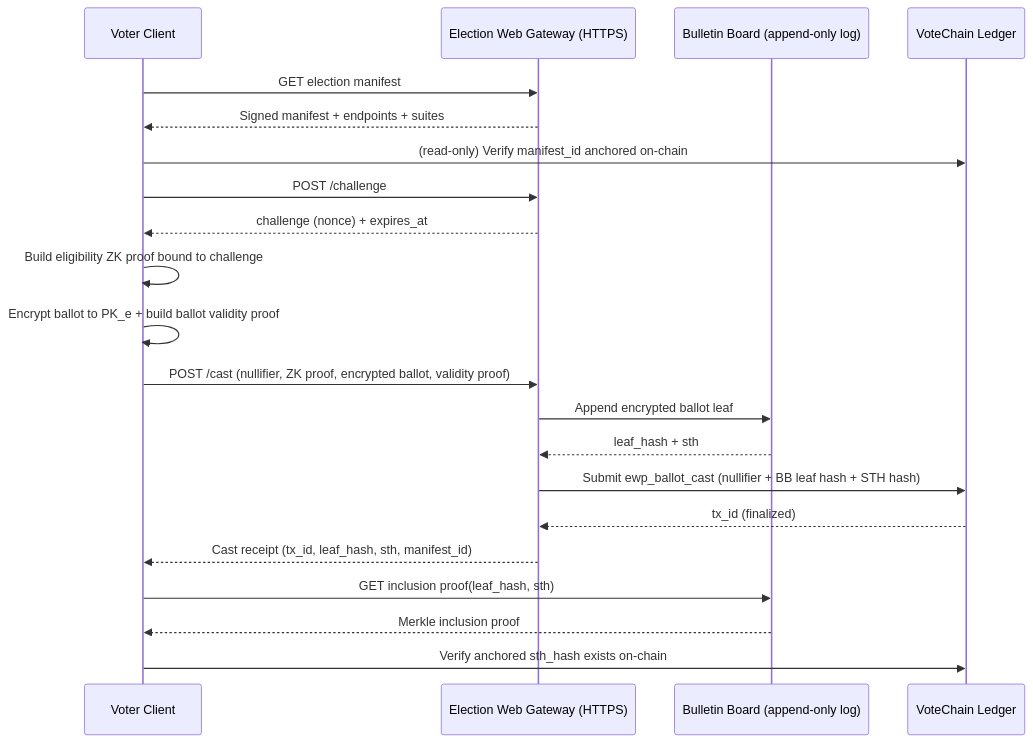
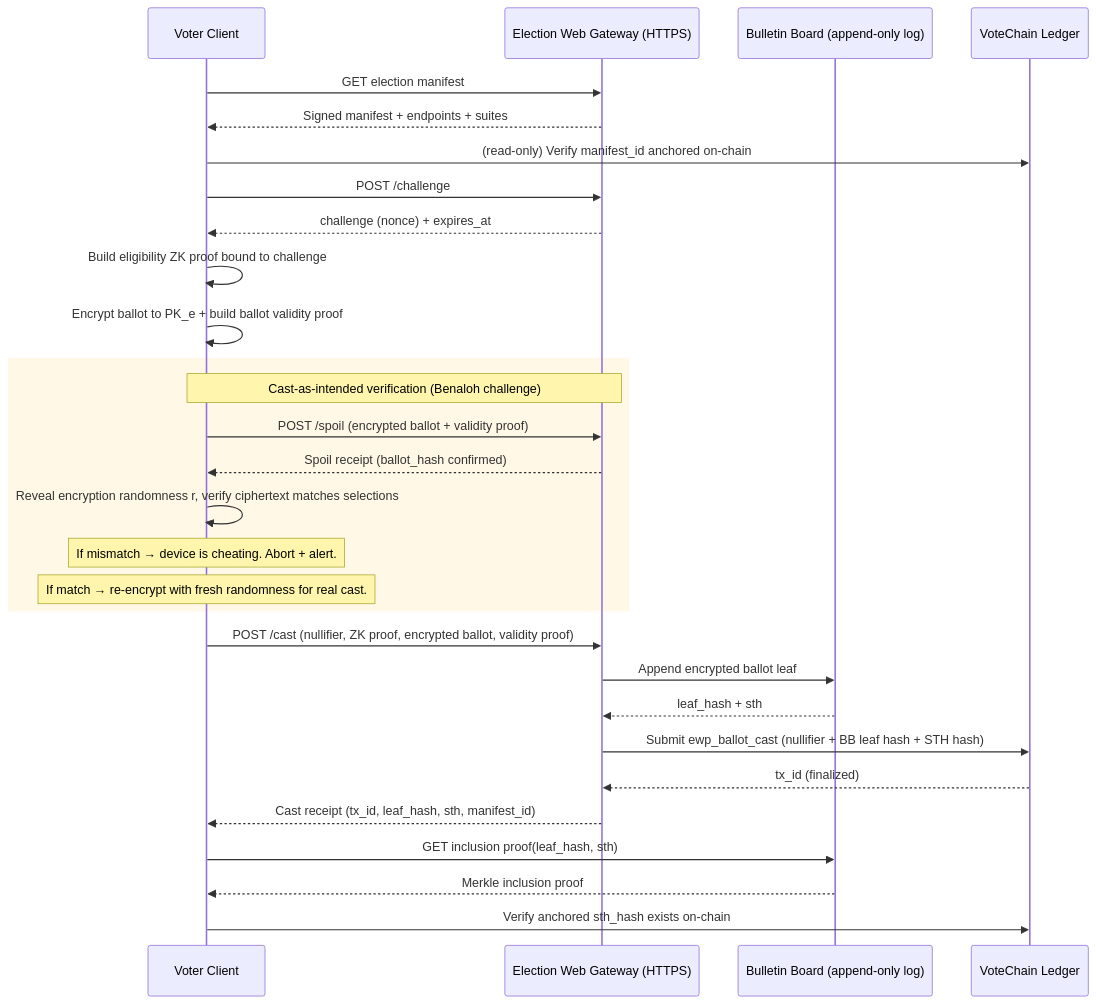
Before and after one commit to AbsurdityIndex/absurdityindex.org: the diagram in PRD-VOTECHAIN-ELECTION-WEB-PROTOCOL.md, drawn with Mermaid. The commit also changed other lines of this file and 53 other files, not shown here.

````diff
--- a/PRD-VOTECHAIN-ELECTION-WEB-PROTOCOL.md
+++ b/PRD-VOTECHAIN-ELECTION-WEB-PROTOCOL.md
@@ -311,28 +339,37 @@
 ```mermaid
 sequenceDiagram
   participant VC as Voter Client
   participant EWG as Election Web Gateway (HTTPS)
   participant BB as Bulletin Board (append-only log)
   participant VCL as VoteChain Ledger
 
   VC->>EWG: GET election manifest
   EWG-->>VC: Signed manifest + endpoints + suites
   VC->>VCL: (read-only) Verify manifest_id anchored on-chain
 
   VC->>EWG: POST /challenge
   EWG-->>VC: challenge (nonce) + expires_at
 
   VC->>VC: Build eligibility ZK proof bound to challenge
   VC->>VC: Encrypt ballot to PK_e + build ballot validity proof
 
+  rect rgb(255, 248, 230)
+  Note over VC,EWG: Cast-as-intended verification (Benaloh challenge)
+  VC->>EWG: POST /spoil (encrypted ballot + validity proof)
+  EWG-->>VC: Spoil receipt (ballot_hash confirmed)
+  VC->>VC: Reveal encryption randomness r, verify ciphertext matches selections
+  Note over VC: If mismatch → device is cheating. Abort + alert.
+  Note over VC: If match → re-encrypt with fresh randomness for real cast.
+  end
+
   VC->>EWG: POST /cast (nullifier, ZK proof, encrypted ballot, validity proof)
   EWG->>BB: Append encrypted ballot leaf
   BB-->>EWG: leaf_hash + sth
   EWG->>VCL: Submit ewp_ballot_cast (nullifier + BB leaf hash + STH hash)
   VCL-->>EWG: tx_id (finalized)
   EWG-->>VC: Cast receipt (tx_id, leaf_hash, sth, manifest_id)
 
   VC->>BB: GET inclusion proof(leaf_hash, sth)
   BB-->>VC: Merkle inclusion proof
   VC->>VCL: Verify anchored sth_hash exists on-chain
 ```
````
